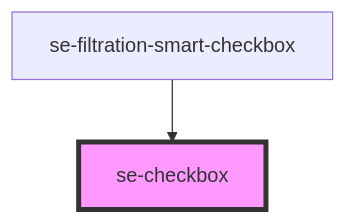
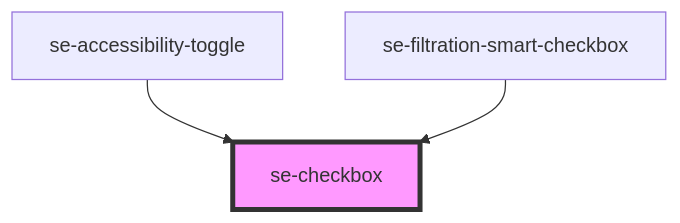
The diagram in libs/core/src/components/checkbox/readme.md (robbiemcmullense/se-web-ui), drawn with Mermaid before and after one commit. The commit also changed other lines of this file and 18 other files, not shown here.

First line of the commit message:
New Accessibility Toggle Component (#583)

````diff
--- a/libs/core/src/components/checkbox/readme.md
+++ b/libs/core/src/components/checkbox/readme.md
@@ -58,5 +59,6 @@
 ```mermaid
 graph TD;
+  se-accessibility-toggle --> se-checkbox
   se-filtration-smart-checkbox --> se-checkbox
   style se-checkbox fill:#f9f,stroke:#333,stroke-width:4px
 ```
````
